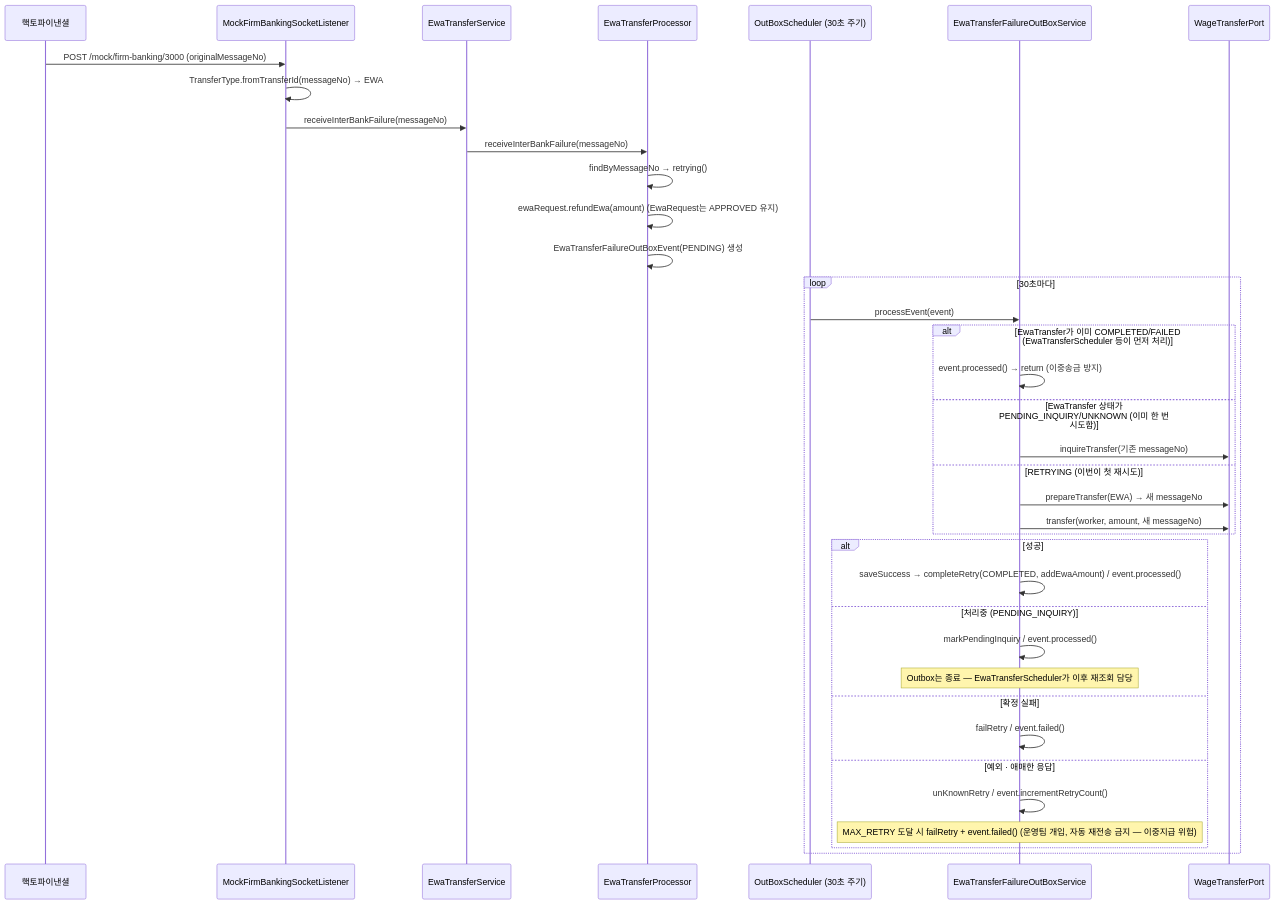
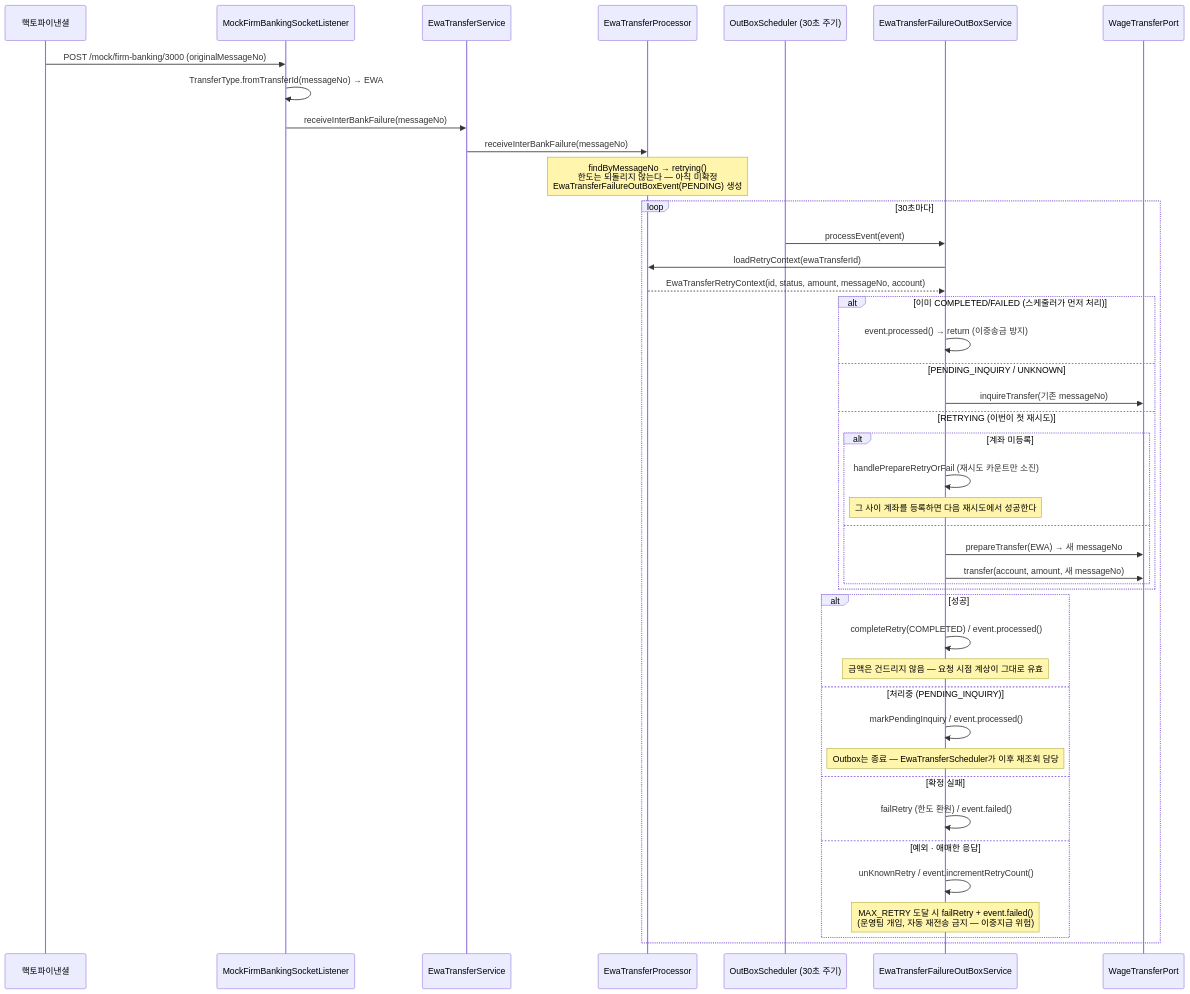
One commit to YOUHEETAE/wage-clock changed the third of 6 diagrams in docs/diagrams/sequence-diagram.md. Above: the diagram before and after it, drawn with Mermaid. The commit also changed other lines of this file and 1 other file, not shown here.

Commit message:
docs: update diagrams for settlement lock states and transfer contexts

````diff
--- a/docs/diagrams/sequence-diagram.md
+++ b/docs/diagrams/sequence-diagram.md
@@ -94,41 +104,49 @@
 ```mermaid
 sequenceDiagram
     participant Bank as 핵토파이낸셜
     participant Listener as MockFirmBankingSocketListener
     participant EwaTransferService
     participant EwaTransferProcessor
     participant OutboxScheduler as OutBoxScheduler (30초 주기)
     participant OutboxService as EwaTransferFailureOutBoxService
     participant WageTransferPort
 
     Bank->>Listener: POST /mock/firm-banking/3000 (originalMessageNo)
     Listener->>Listener: TransferType.fromTransferId(messageNo) → EWA
     Listener->>EwaTransferService: receiveInterBankFailure(messageNo)
     EwaTransferService->>EwaTransferProcessor: receiveInterBankFailure(messageNo)
-    EwaTransferProcessor->>EwaTransferProcessor: findByMessageNo → retrying()
-    EwaTransferProcessor->>EwaTransferProcessor: ewaRequest.refundEwa(amount) (EwaRequest는 APPROVED 유지)
-    EwaTransferProcessor->>EwaTransferProcessor: EwaTransferFailureOutBoxEvent(PENDING) 생성
+    Note over EwaTransferProcessor: findByMessageNo → retrying()<br/>한도는 되돌리지 않는다 — 아직 미확정<br/>EwaTransferFailureOutBoxEvent(PENDING) 생성
 
     loop 30초마다
         OutboxScheduler->>OutboxService: processEvent(event)
-        alt EwaTransfer가 이미 COMPLETED/FAILED (EwaTransferScheduler 등이 먼저 처리)
+        OutboxService->>EwaTransferProcessor: loadRetryContext(ewaTransferId)
+        EwaTransferProcessor-->>OutboxService: EwaTransferRetryContext(id, status, amount, messageNo, account)
+
+        alt 이미 COMPLETED/FAILED (스케줄러가 먼저 처리)
             OutboxService->>OutboxService: event.processed() → return (이중송금 방지)
-        else EwaTransfer 상태가 PENDING_INQUIRY/UNKNOWN (이미 한 번 시도함)
+        else PENDING_INQUIRY / UNKNOWN
             OutboxService->>WageTransferPort: inquireTransfer(기존 messageNo)
         else RETRYING (이번이 첫 재시도)
-            OutboxService->>WageTransferPort: prepareTransfer(EWA) → 새 messageNo
-            OutboxService->>WageTransferPort: transfer(worker, amount, 새 messageNo)
+            alt 계좌 미등록
+                OutboxService->>OutboxService: handlePrepareRetryOrFail (재시도 카운트만 소진)
+                Note over OutboxService: 그 사이 계좌를 등록하면 다음 재시도에서 성공한다
+            else
+                OutboxService->>WageTransferPort: prepareTransfer(EWA) → 새 messageNo
+                OutboxService->>WageTransferPort: transfer(account, amount, 새 messageNo)
+            end
         end
+
         alt 성공
-            OutboxService->>OutboxService: saveSuccess → completeRetry(COMPLETED, addEwaAmount) / event.processed()
+            OutboxService->>OutboxService: completeRetry(COMPLETED) / event.processed()
+            Note over OutboxService: 금액은 건드리지 않음 — 요청 시점 계상이 그대로 유효
         else 처리중 (PENDING_INQUIRY)
             OutboxService->>OutboxService: markPendingInquiry / event.processed()
             Note over OutboxService: Outbox는 종료 — EwaTransferScheduler가 이후 재조회 담당
         else 확정 실패
-            OutboxService->>OutboxService: failRetry / event.failed()
+            OutboxService->>OutboxService: failRetry (한도 환원) / event.failed()
         else 예외 · 애매한 응답
             OutboxService->>OutboxService: unKnownRetry / event.incrementRetryCount()
-            Note over OutboxService: MAX_RETRY 도달 시 failRetry + event.failed() (운영팀 개입, 자동 재전송 금지 — 이중지급 위험)
+            Note over OutboxService: MAX_RETRY 도달 시 failRetry + event.failed()<br/>(운영팀 개입, 자동 재전송 금지 — 이중지급 위험)
         end
     end
 ```
````
